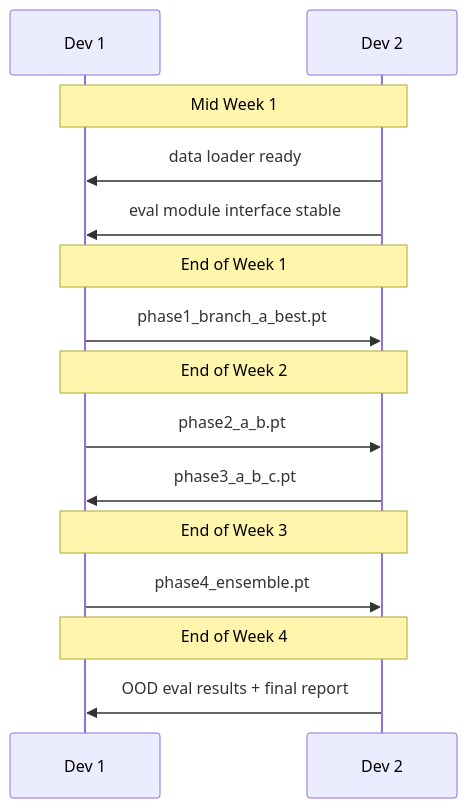
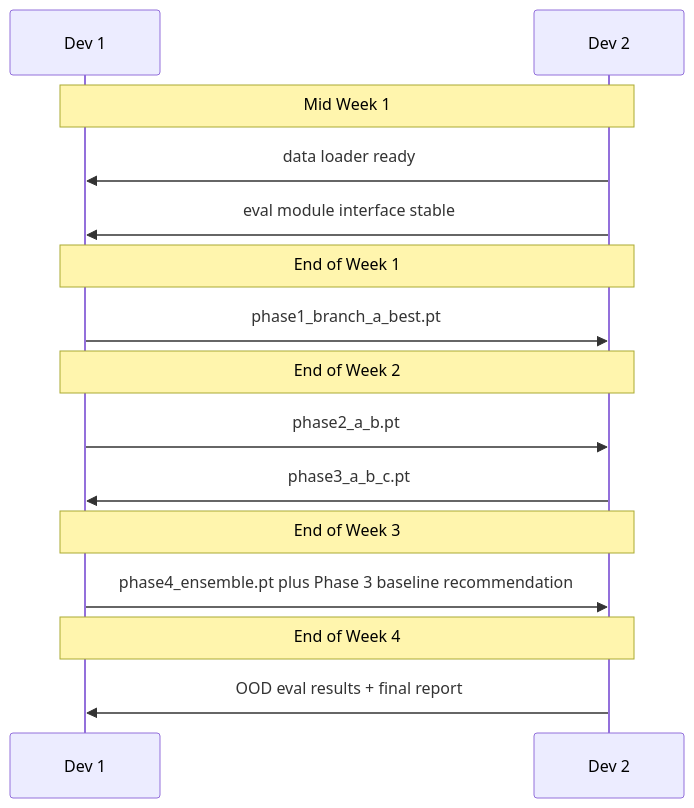
The fourth of 4 diagrams in docs/master-plan.md (thebkht/gan-discriminator), drawn with Mermaid before and after one commit. The commit also changed other lines of this file and 2 other files, not shown here.

````diff
--- a/docs/master-plan.md
+++ b/docs/master-plan.md
@@ -288,17 +291,17 @@
 ```mermaid
 sequenceDiagram
   participant D1 as Dev 1
   participant D2 as Dev 2
   Note over D1,D2: Mid Week 1
   D2->>D1: data loader ready
   D2->>D1: eval module interface stable
   Note over D1,D2: End of Week 1
   D1->>D2: phase1_branch_a_best.pt
   Note over D1,D2: End of Week 2
   D1->>D2: phase2_a_b.pt
   D2->>D1: phase3_a_b_c.pt
   Note over D1,D2: End of Week 3
-  D1->>D2: phase4_ensemble.pt
+  D1->>D2: phase4_ensemble.pt plus Phase 3 baseline recommendation
   Note over D1,D2: End of Week 4
   D2->>D1: OOD eval results + final report
 ```
````
